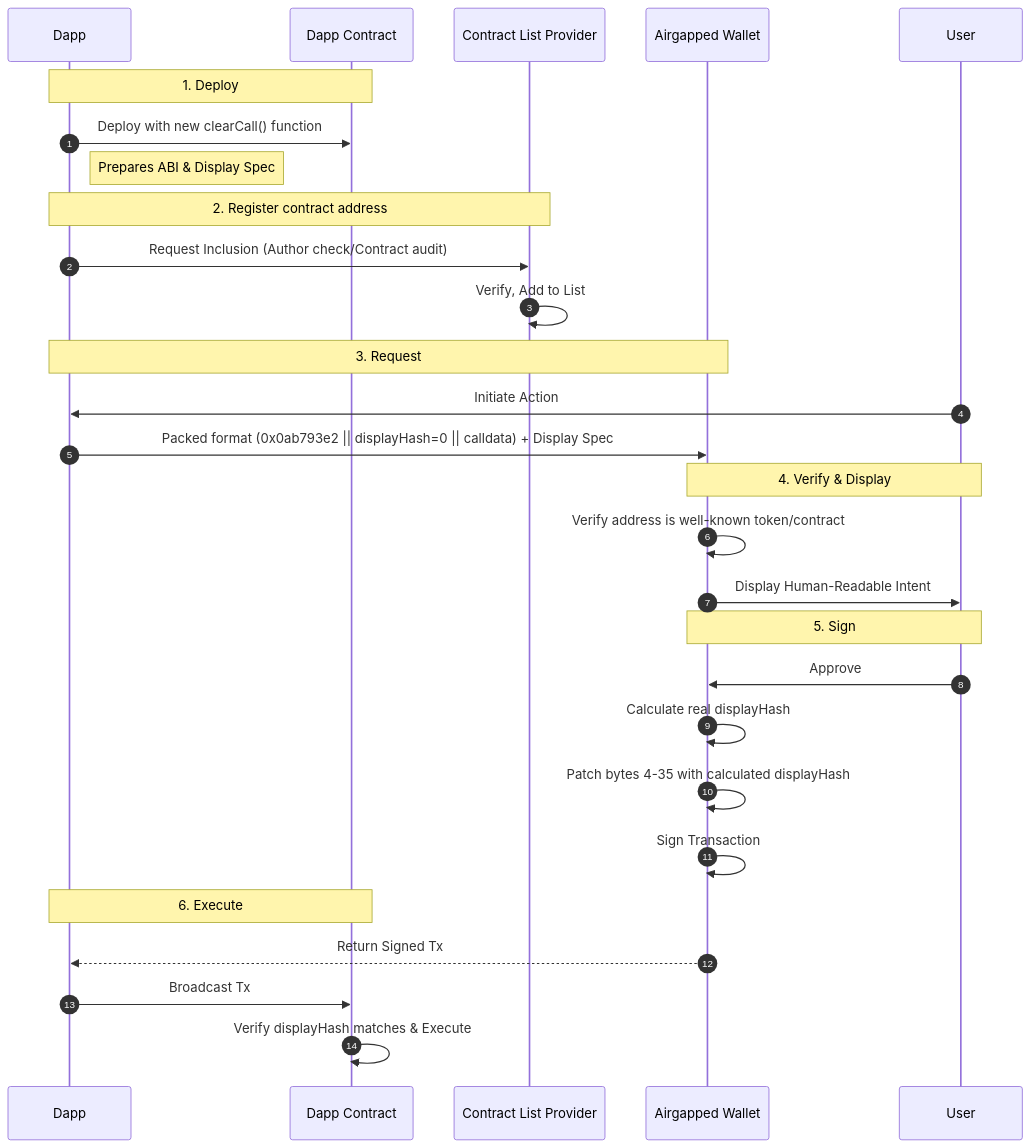
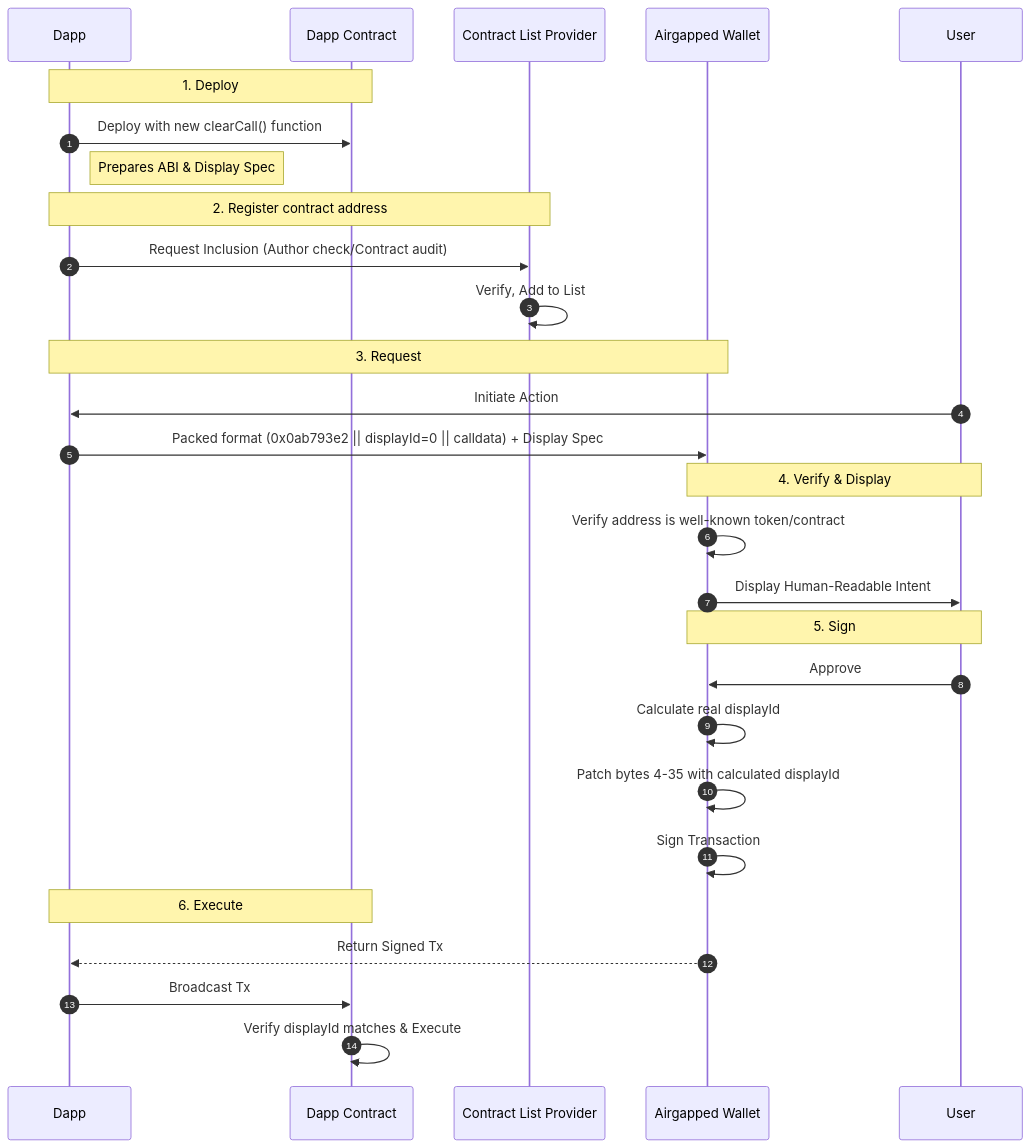
The diagram in docs/architecture.md (Kalapaja/clear-signing), drawn with Mermaid before and after one commit. The commit also changed other lines of this file and 10 other files, not shown here.

````diff
--- a/docs/architecture.md
+++ b/docs/architecture.md
@@ -735,36 +716,36 @@
 ```mermaid
 sequenceDiagram
     autonumber
     participant Dapp
     participant Contract as Dapp Contract
     participant List as Contract List Provider
     participant Wallet as Airgapped Wallet
     participant User as User
 
     Note over Dapp, Contract: 1. Deploy
     Dapp->>Contract: Deploy with new clearCall() function
     Note right of Dapp: Prepares ABI & Display Spec
     
     Note over Dapp, List: 2. Register contract address
     Dapp->>List: Request Inclusion (Author check/Contract audit)
     List->>List: Verify, Add to List
     
     Note over Dapp, Wallet: 3. Request
     User->>Dapp: Initiate Action
-    Dapp->>Wallet: Packed format (0x0ab793e2 || displayHash=0 || calldata) + Display Spec
+    Dapp->>Wallet: Packed format (0x0ab793e2 || displayId=0 || calldata) + Display Spec
 
     Note over Wallet, User: 4. Verify & Display
     Wallet->>Wallet: Verify address is well-known token/contract
     Wallet->>User: Display Human-Readable Intent
     
     Note over Wallet, User: 5. Sign
     User->>Wallet: Approve
-    Wallet->>Wallet: Calculate real displayHash
-    Wallet->>Wallet: Patch bytes 4-35 with calculated displayHash
+    Wallet->>Wallet: Calculate real displayId
+    Wallet->>Wallet: Patch bytes 4-35 with calculated displayId
     Wallet->>Wallet: Sign Transaction
 
     Note over Dapp, Contract: 6. Execute
     Wallet-->>Dapp: Return Signed Tx
     Dapp->>Contract: Broadcast Tx
-    Contract->>Contract: Verify displayHash matches & Execute
+    Contract->>Contract: Verify displayId matches & Execute
 ```
````
